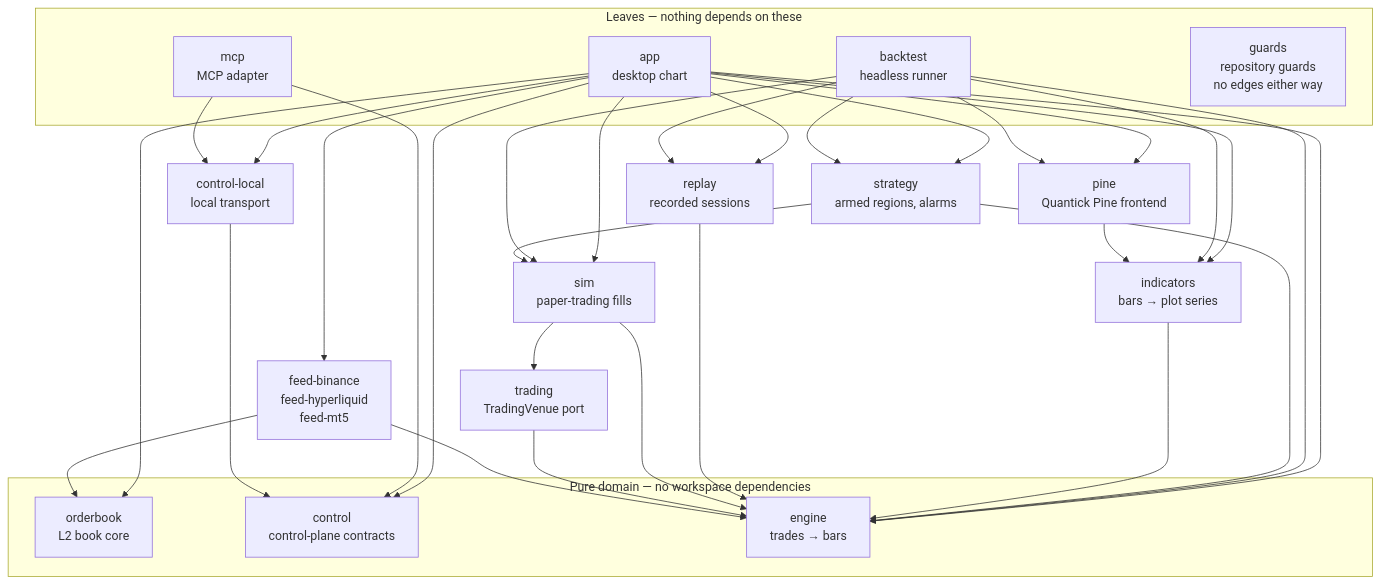
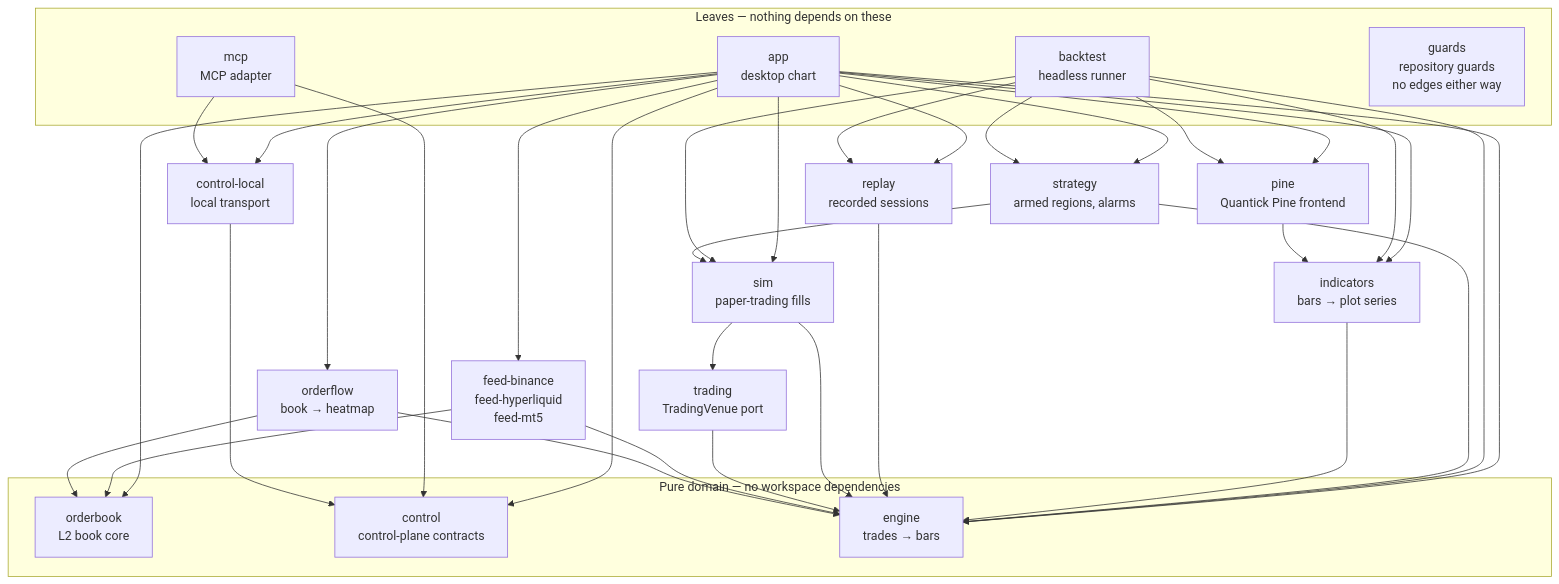
One commit to milocaetano/quantick changed the diagram in AGENTS.md. Above: the diagram before and after it, drawn with Mermaid. The commit also changed other lines of this file and 32 other files, not shown here.

````diff
--- a/AGENTS.md
+++ b/AGENTS.md
@@ -107,46 +107,49 @@
 ```mermaid
 graph TD
   subgraph leaves["Leaves — nothing depends on these"]
     app["app<br/>desktop chart"]
     backtest["backtest<br/>headless runner"]
     mcp["mcp<br/>MCP adapter"]
     guards["guards<br/>repository guards<br/>no edges either way"]
   end
 
   app --> pine
   app --> indicators
   app --> strategy
   app --> sim
   app --> replay
   app --> orderbook
+  app --> orderflow
   app --> feeds
   app --> control
   app --> controllocal
   app --> engine
   backtest --> strategy
   backtest --> pine
   backtest --> indicators
   backtest --> replay
   backtest --> sim
   backtest --> engine
   mcp --> controllocal
   mcp --> control
 
   pine["pine<br/>Quantick Pine frontend"] --> indicators
   strategy["strategy<br/>armed regions, alarms"] --> sim
   strategy --> engine
   controllocal["control-local<br/>local transport"] --> control
   indicators["indicators<br/>bars → plot series"] --> engine
   replay["replay<br/>recorded sessions"] --> engine
   sim["sim<br/>paper-trading fills"] --> trading
   sim --> engine
   trading["trading<br/>TradingVenue port"] --> engine
   feeds["feed-binance<br/>feed-hyperliquid<br/>feed-mt5"] --> engine
   feeds --> orderbook
+  orderflow["orderflow<br/>book → heatmap"] --> engine
+  orderflow --> orderbook
 
   subgraph pure["Pure domain — no workspace dependencies"]
     engine["engine<br/>trades → bars"]
     orderbook["orderbook<br/>L2 book core"]
     control["control<br/>control-plane contracts"]
   end
 ```
````
